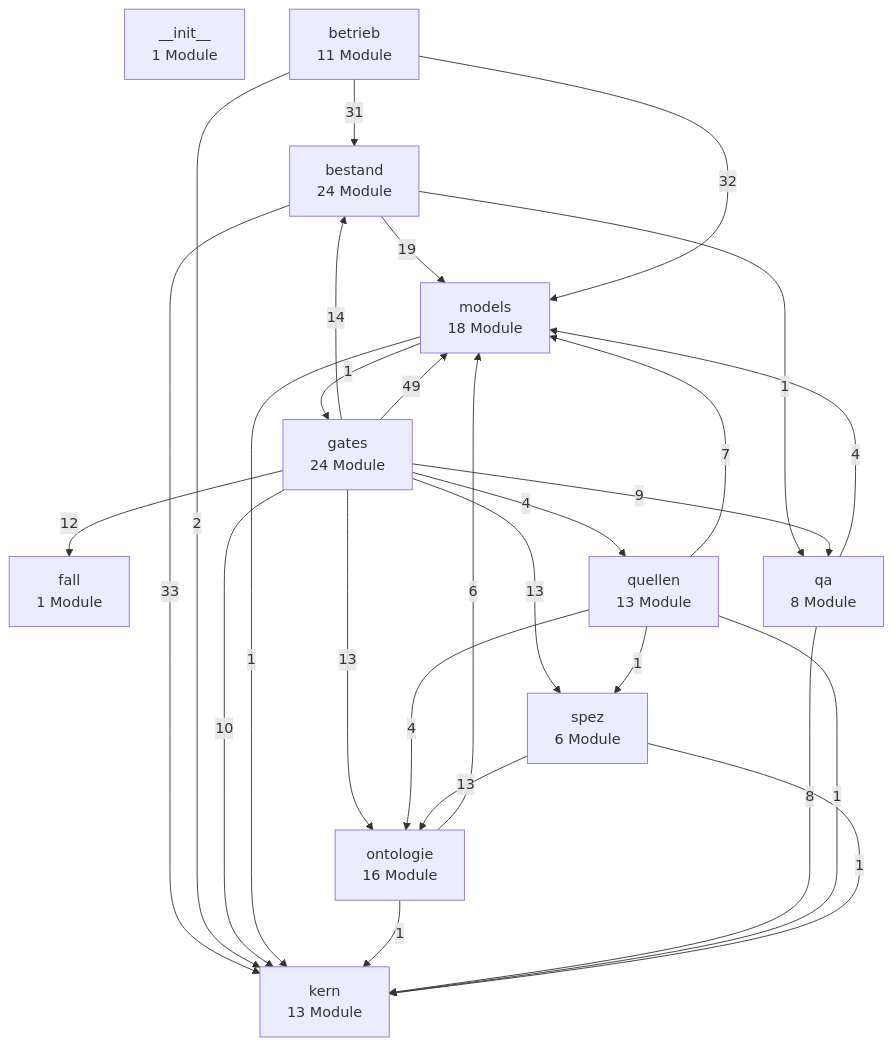
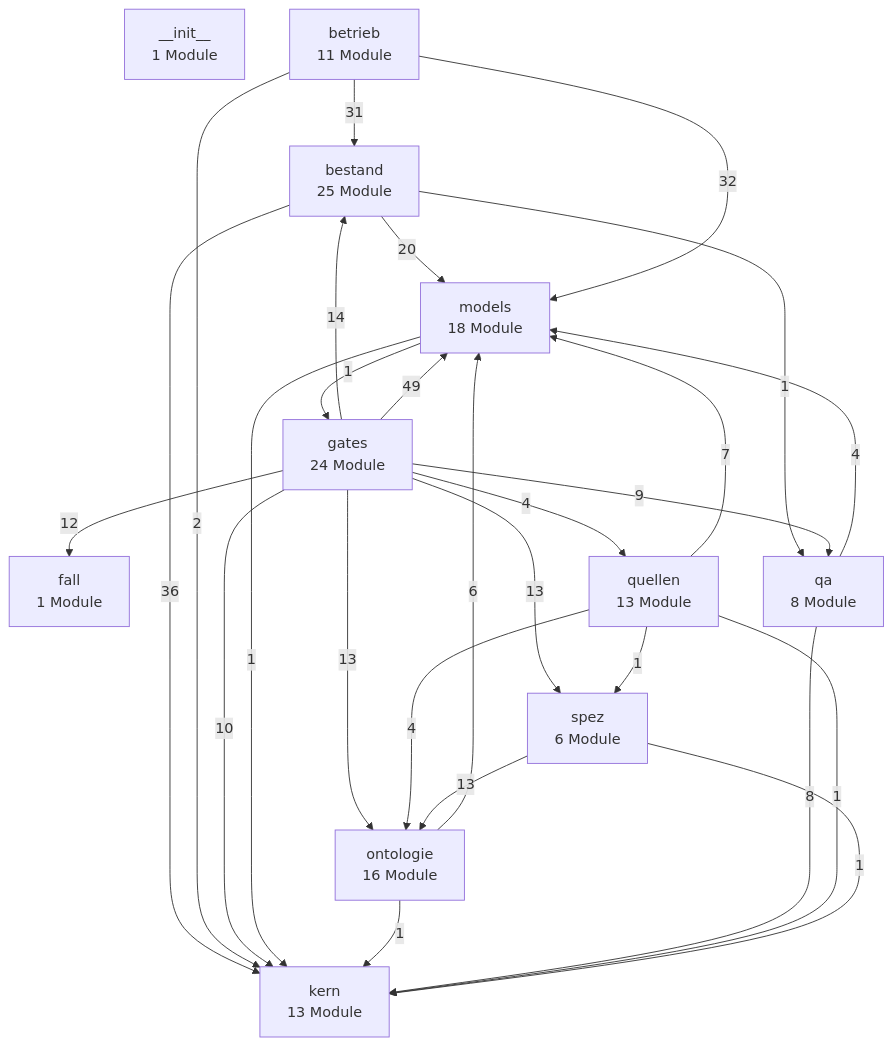
Before and after one commit to bartlmac/rechner-pipeline: the first of 3 diagrams in docs/architektur/landkarte.md, drawn with Mermaid. The commit also changed other lines of this file and 4 other files, not shown here.

````diff
--- a/docs/architektur/landkarte.md
+++ b/docs/architektur/landkarte.md
@@ -31,41 +31,41 @@
 ```mermaid
 %% Schichten — erzeugt von ontologie.landkarte
 flowchart TD
     n__init__["__init__<br/>1 Module"]
-    bestand["bestand<br/>24 Module"]
+    bestand["bestand<br/>25 Module"]
     betrieb["betrieb<br/>11 Module"]
     fall["fall<br/>1 Module"]
     gates["gates<br/>24 Module"]
     kern["kern<br/>13 Module"]
     models["models<br/>18 Module"]
     ontologie["ontologie<br/>16 Module"]
     qa["qa<br/>8 Module"]
     quellen["quellen<br/>13 Module"]
     spez["spez<br/>6 Module"]
-    bestand -- 33 --> kern
-    bestand -- 19 --> models
+    bestand -- 36 --> kern
+    bestand -- 20 --> models
     bestand -- 1 --> qa
     betrieb -- 31 --> bestand
     betrieb -- 2 --> kern
     betrieb -- 32 --> models
     gates -- 14 --> bestand
     gates -- 12 --> fall
     gates -- 10 --> kern
     gates -- 49 --> models
     gates -- 13 --> ontologie
     gates -- 9 --> qa
     gates -- 4 --> quellen
     gates -- 13 --> spez
     models -- 1 --> gates
     models -- 1 --> kern
     ontologie -- 1 --> kern
     ontologie -- 6 --> models
     qa -- 8 --> kern
     qa -- 4 --> models
     quellen -- 1 --> kern
     quellen -- 7 --> models
     quellen -- 4 --> ontologie
     quellen -- 1 --> spez
     spez -- 1 --> kern
     spez -- 13 --> ontologie
 ```
````
